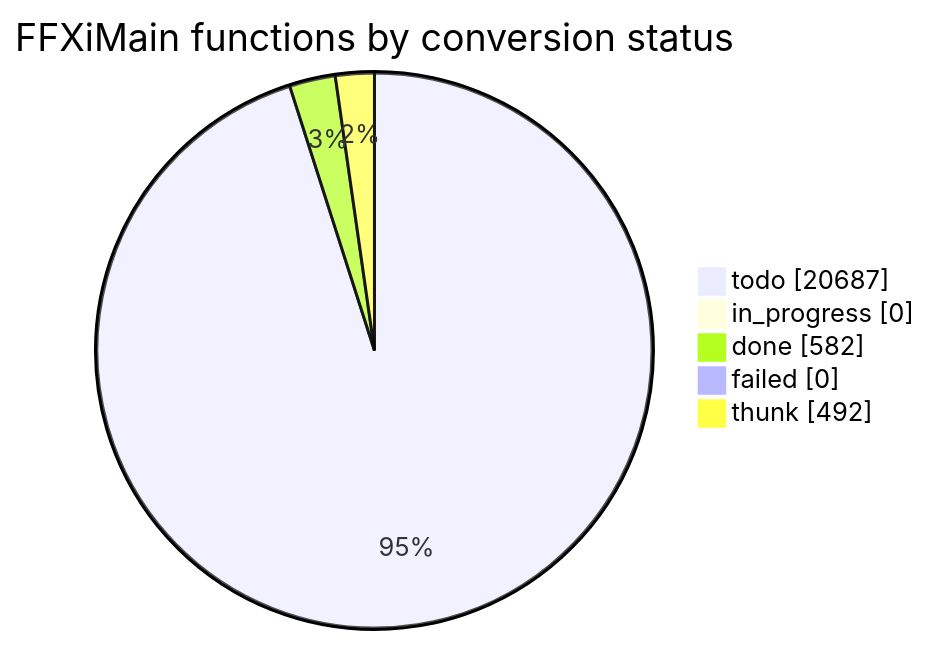
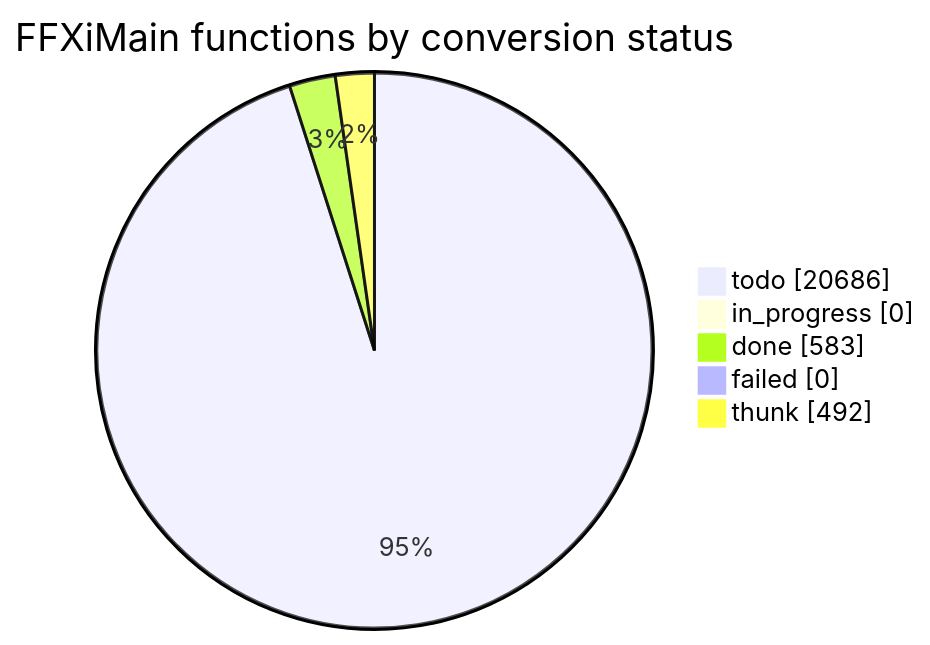
Before and after one commit to cowrevenge/cow_kuluu_xi_anything: the diagram in docs/cow/STATUS.md, drawn with Mermaid. The commit also changed other lines of this file and 9 other files, not shown here.

````diff
--- a/docs/cow/STATUS.md
+++ b/docs/cow/STATUS.md
@@ -18,9 +18,9 @@
 ```mermaid
 pie showData
     title FFXiMain functions by conversion status
-    "todo" : 20687
+    "todo" : 20686
     "in_progress" : 0
-    "done" : 582
+    "done" : 583
     "failed" : 0
     "thunk" : 492
 ```
````
